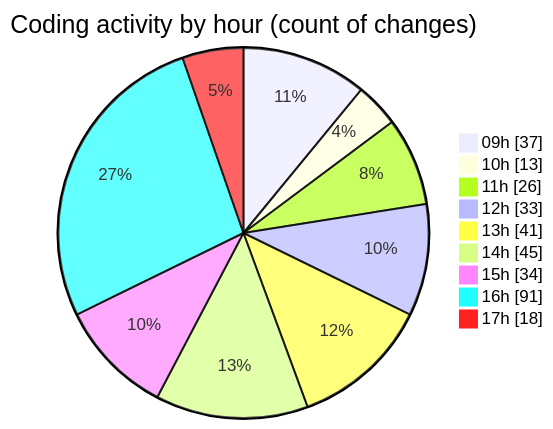
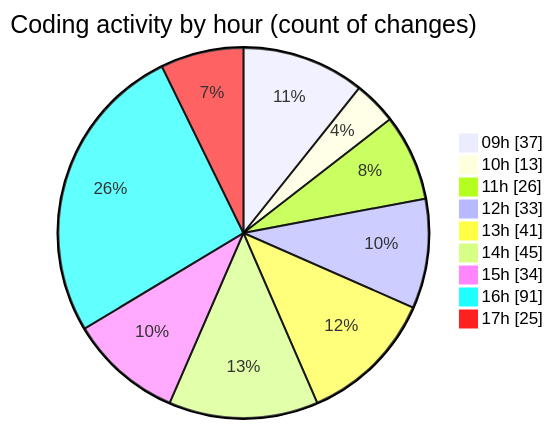
Before and after one commit to momahboobian/code-tracking: the second of 2 diagrams in 2026-04-23/cda/README.md, drawn with Mermaid. The commit also changed other lines of this file and 1 other file, not shown here.

````diff
--- a/2026-04-23/cda/README.md
+++ b/2026-04-23/cda/README.md
@@ -56,13 +56,13 @@
 ```mermaid
 pie showData
 title Coding activity by hour (count of changes)
 "09h" : 37
 "10h" : 13
 "11h" : 26
 "12h" : 33
 "13h" : 41
 "14h" : 45
 "15h" : 34
 "16h" : 91
-"17h" : 18
+"17h" : 25
 ```
````
